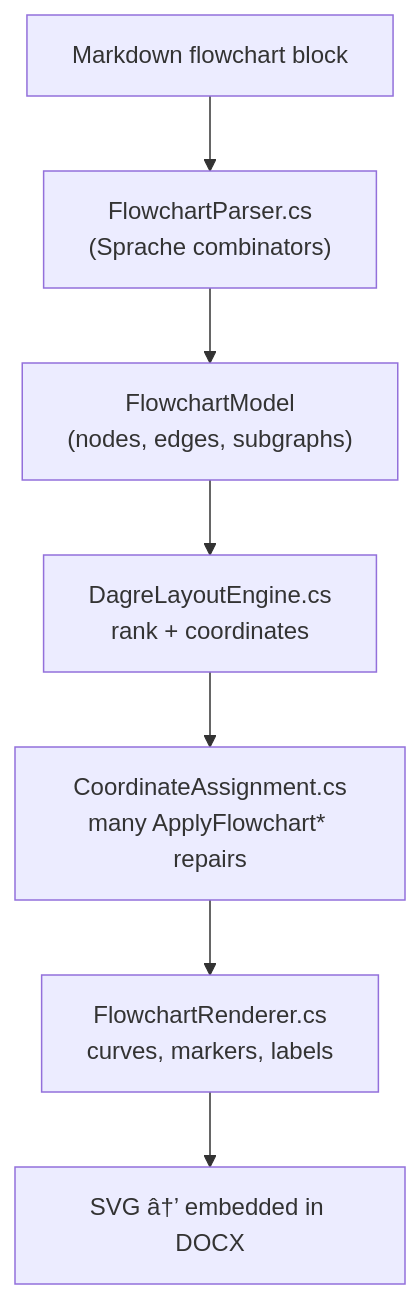
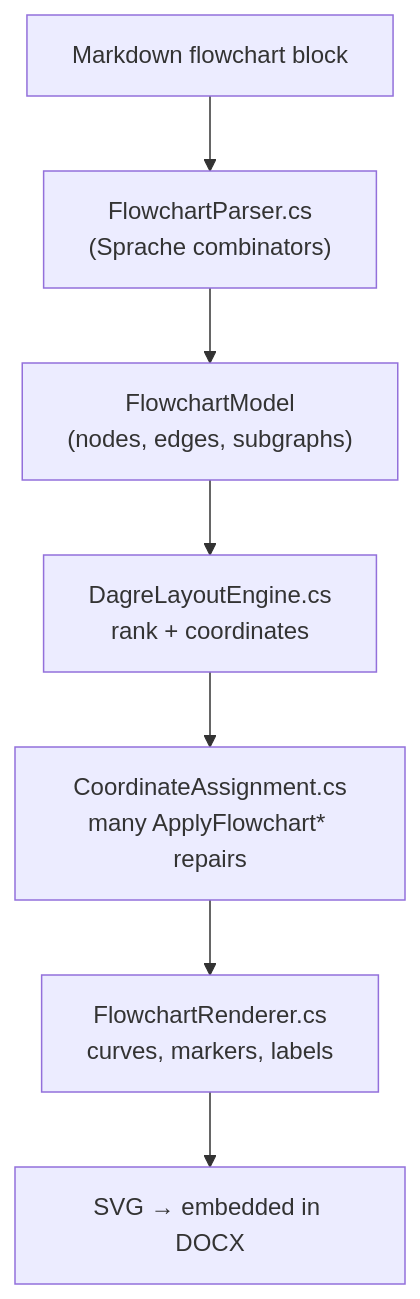
Before and after one commit to VaderConsulting/MarkdownToDocX: the sixth of 12 diagrams in spec.md, drawn with Mermaid. The commit also changed other lines of this file and 743 other files, not shown here.

First line of the commit message:
Add multi-kind recognition at L4, native flowchart render pilot, and truthfulness gates.

````diff
--- a/spec.md
+++ b/spec.md
@@ -1770,12 +2262,12 @@
 ```mermaid
 flowchart TB
   IN["Markdown flowchart block"]
   FP["FlowchartParser.cs\n(Sprache combinators)"]
   FM["FlowchartModel\n(nodes, edges, subgraphs)"]
   DAG["DagreLayoutEngine.cs\nrank + coordinates"]
   CA["CoordinateAssignment.cs\nmany ApplyFlowchart* repairs"]
   FR["FlowchartRenderer.cs\ncurves, markers, labels"]
-  SVG["SVG â†’ embedded in DOCX"]
+  SVG["SVG → embedded in DOCX"]
 
   IN --> FP --> FM --> DAG --> CA --> FR --> SVG
 ```
````
